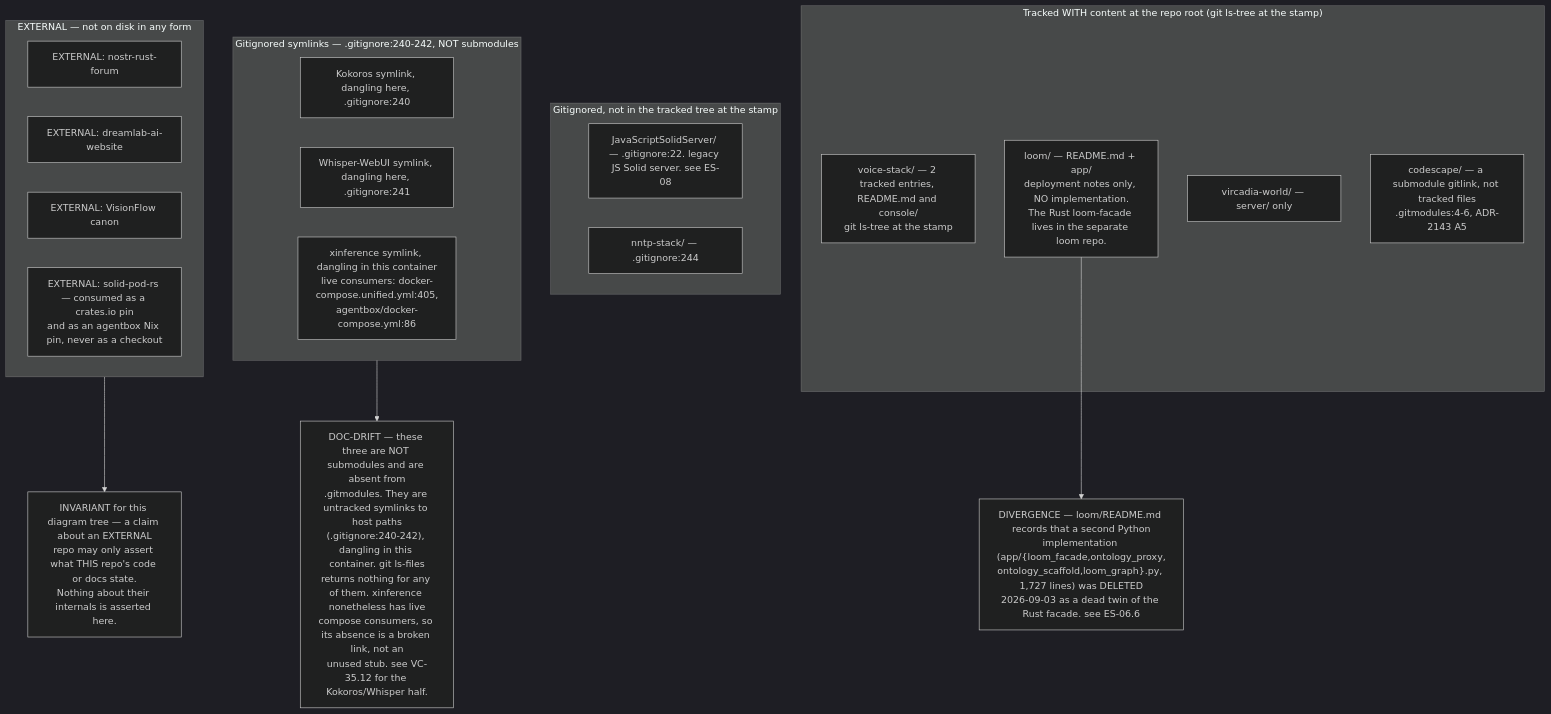
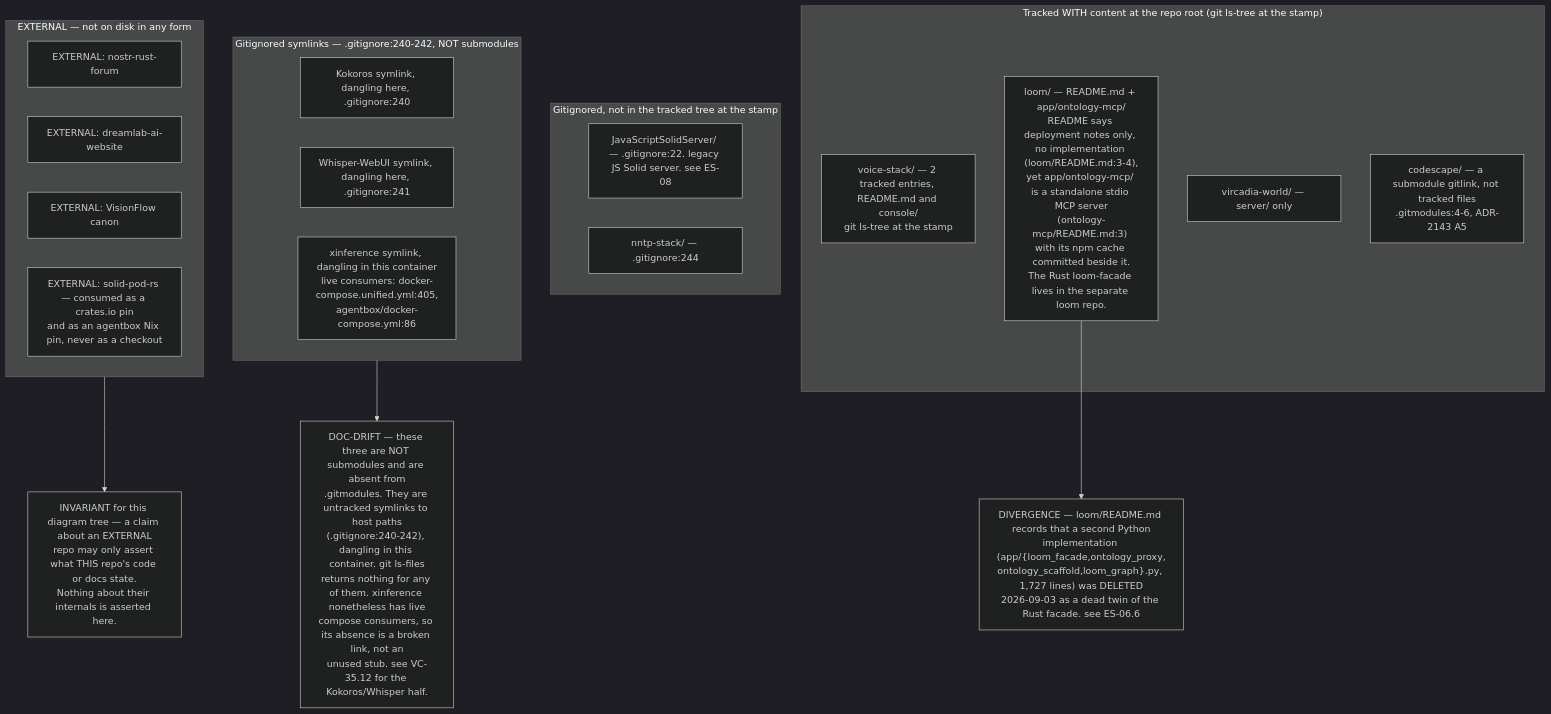
Before and after one commit to DreamLab-AI/VisionFlow: the sixth of 8 diagrams in docs/diagrams/estate/01-estate-topology.md, drawn with Mermaid (dark theme). The commit also changed other lines of this file and 91 other files, not shown here.

````diff
--- a/docs/diagrams/estate/01-estate-topology.md
+++ b/docs/diagrams/estate/01-estate-topology.md
@@ -270,32 +275,32 @@
 ```mermaid
 flowchart TB
     subgraph real["Tracked WITH content at the repo root (git ls-tree at the stamp)"]
         R3["voice-stack/ — 2 tracked entries, README.md and console/<br/>git ls-tree at the stamp"]
-        R4["loom/ — README.md + app/<br/>deployment notes only, NO implementation.<br/>The Rust loom-facade lives in the separate loom repo."]
+        R4["loom/ — README.md + app/ontology-mcp/<br/>README says deployment notes only, no implementation (loom/README.md:3-4),<br/>yet app/ontology-mcp/ is a standalone stdio MCP server<br/>(ontology-mcp/README.md:3) with its npm cache committed beside it.<br/>The Rust loom-facade lives in the separate loom repo."]
         R5["vircadia-world/ — server/ only"]
         R6["codescape/ — a submodule gitlink, not tracked files<br/>.gitmodules:4-6, ADR-2143 A5"]
     end
     subgraph gone["Gitignored, not in the tracked tree at the stamp"]
         G1["JavaScriptSolidServer/ — .gitignore:22. legacy JS Solid server. see ES-08"]
         G2["nntp-stack/ — .gitignore:244"]
     end
     subgraph stub["Gitignored symlinks — .gitignore:240-242, NOT submodules"]
         S1["Kokoros symlink, dangling here, .gitignore:240"]
         S2["Whisper-WebUI symlink, dangling here, .gitignore:241"]
         S3["xinference symlink, dangling in this container<br/>live consumers: docker-compose.unified.yml:405,<br/>agentbox/docker-compose.yml:86"]
     end
     subgraph ext["EXTERNAL — not on disk in any form"]
         E1["EXTERNAL: nostr-rust-forum"]
         E2["EXTERNAL: dreamlab-ai-website"]
         E3["EXTERNAL: VisionFlow canon"]
         E4["EXTERNAL: solid-pod-rs — consumed as a crates.io pin<br/>and as an agentbox Nix pin, never as a checkout"]
     end
 
     WARN["INVARIANT for this diagram tree — a claim about an EXTERNAL<br/>repo may only assert what THIS repo's code or docs state.<br/>Nothing about their internals is asserted here."]
     D1["DOC-DRIFT — these three are NOT submodules and are absent from<br/>.gitmodules. They are untracked symlinks to host paths<br/>(.gitignore:240-242), dangling in this container. git ls-files<br/>returns nothing for any of them. xinference nonetheless has live<br/>compose consumers, so its absence is a broken link, not an<br/>unused stub. see VC-35.12 for the Kokoros/Whisper half."]
     D2["DIVERGENCE — loom/README.md records that a second Python<br/>implementation (app/{loom_facade,ontology_proxy,<br/>ontology_scaffold,loom_graph}.py, 1,727 lines) was DELETED<br/>2026-09-03 as a dead twin of the Rust facade. see ES-06.6"]
 
     stub --> D1
     R4 --> D2
     ext --> WARN
 ```
````
